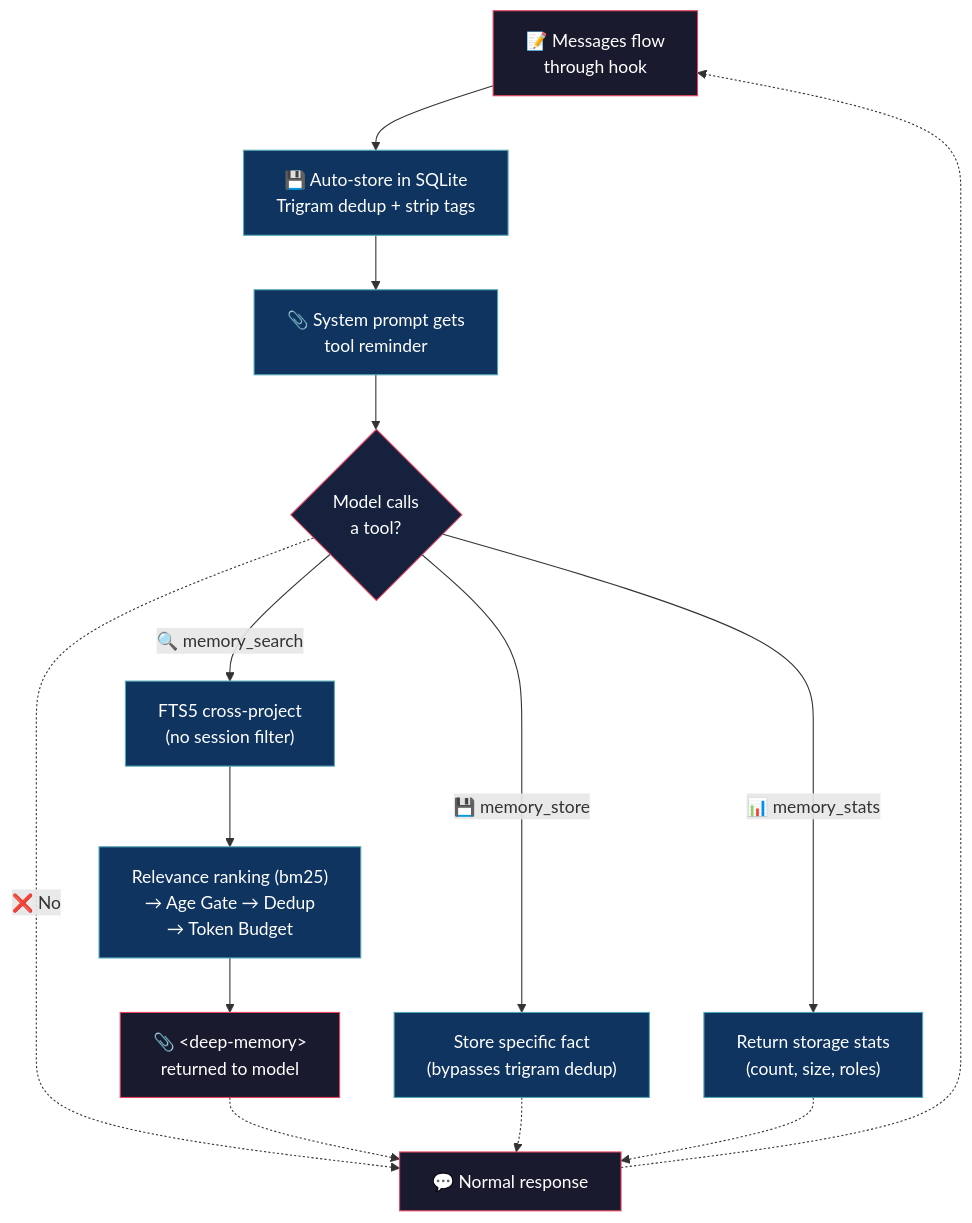
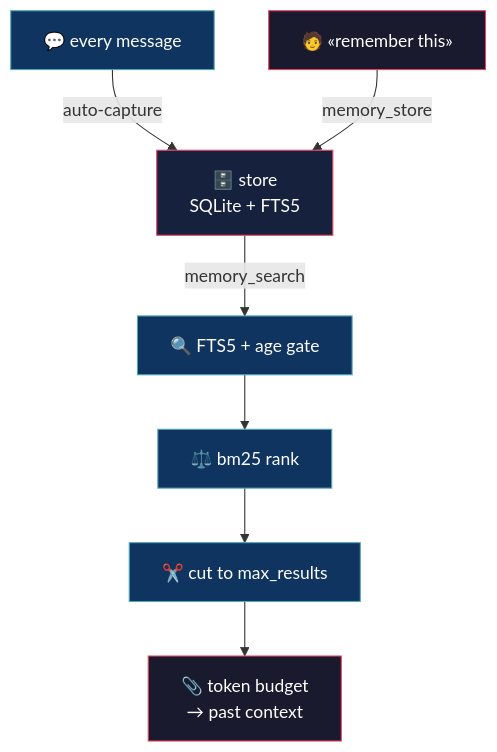
The diagram in README.md (alejo54dev/opencode-deep-memory), drawn with Mermaid before and after one commit. The commit also changed other lines of this file and 1 other file, not shown here.

Commit message:
feat: deep-memory v1.1.29 — unify tool tags to memory-*, README rewrite with simplified diagram

````diff
--- a/README.md
+++ b/README.md
@@ -34,29 +41,17 @@
 ```mermaid
 flowchart TD
-    A["📝 Messages flow<br/>through hook"]
-    A --> B["💾 Auto-store in SQLite<br/>Trigram dedup + strip tags"]
-    B --> C["📎 System prompt gets<br/>tool reminder"]
+    MSG["💬 every message"] -->|"auto-capture"| STORE["🗄️ store<br/>SQLite + FTS5"]
+    SAY["🧑 «remember this»"] -->|"memory_store"| STORE
+    STORE -->|"memory_search"| FTS["🔍 FTS5 + age gate"]
+    FTS --> RANK["⚖️ bm25 rank"]
+    RANK --> CUT["✂️ cut to max_results"]
+    CUT --> OUT["📎 token budget<br/>→ past context"]
 
-    C --> D{"Model calls<br/>a tool?"}
-    D -->|"🔍 memory_search"| E["FTS5 cross-project<br/>(no session filter)"]
-    E --> F["Relevance ranking (bm25)<br/>→ Age Gate → Dedup<br/>→ Token Budget"]
-    F --> G["📎 &lt;deep-memory&gt;<br/>returned to model"]
-    D -->|"💾 memory_store"| H["Store specific fact<br/>(bypasses trigram dedup)"]
-    D -->|"📊 memory_stats"| I["Return storage stats<br/>(count, size, roles)"]
-    D -.->|"❌ No"| J["💬 Normal response"]
-    G -.-> J
-    H -.-> J
-    I -.-> J
-    J -.-> A
-
-    style A fill:#1a1a2e,stroke:#e94560,color:#fff
-    style B fill:#0f3460,stroke:#53a8b6,color:#fff
-    style C fill:#0f3460,stroke:#53a8b6,color:#fff
-    style D fill:#16213e,stroke:#e94560,color:#fff
-    style E fill:#0f3460,stroke:#53a8b6,color:#fff
-    style F fill:#0f3460,stroke:#53a8b6,color:#fff
-    style G fill:#1a1a2e,stroke:#e94560,color:#fff
-    style H fill:#0f3460,stroke:#53a8b6,color:#fff
-    style I fill:#0f3460,stroke:#53a8b6,color:#fff
-    style J fill:#1a1a2e,stroke:#e94560,color:#fff
+    style MSG fill:#0f3460,stroke:#53a8b6,color:#fff
+    style SAY fill:#1a1a2e,stroke:#e94560,color:#fff
+    style STORE fill:#16213e,stroke:#e94560,color:#fff
+    style FTS fill:#0f3460,stroke:#53a8b6,color:#fff
+    style RANK fill:#0f3460,stroke:#53a8b6,color:#fff
+    style CUT fill:#0f3460,stroke:#53a8b6,color:#fff
+    style OUT fill:#1a1a2e,stroke:#e94560,color:#fff
 ```
````
